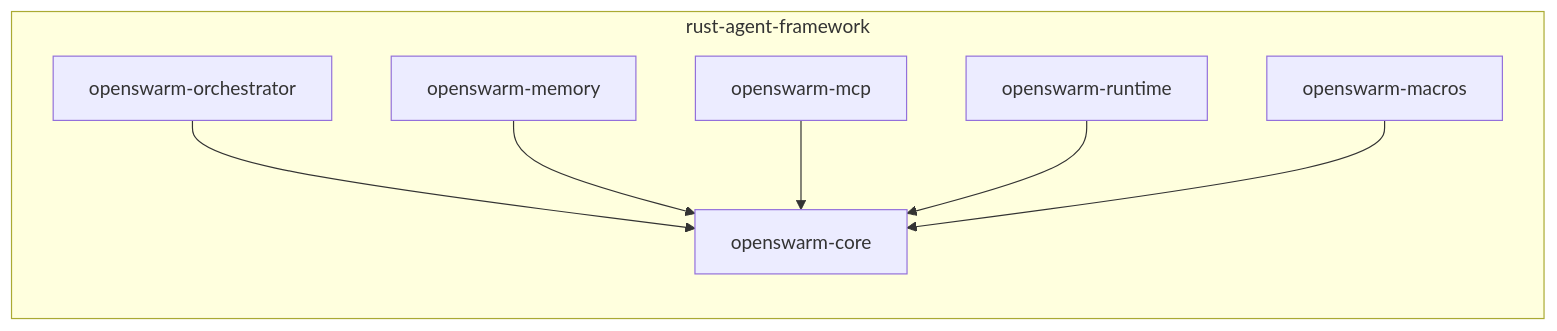
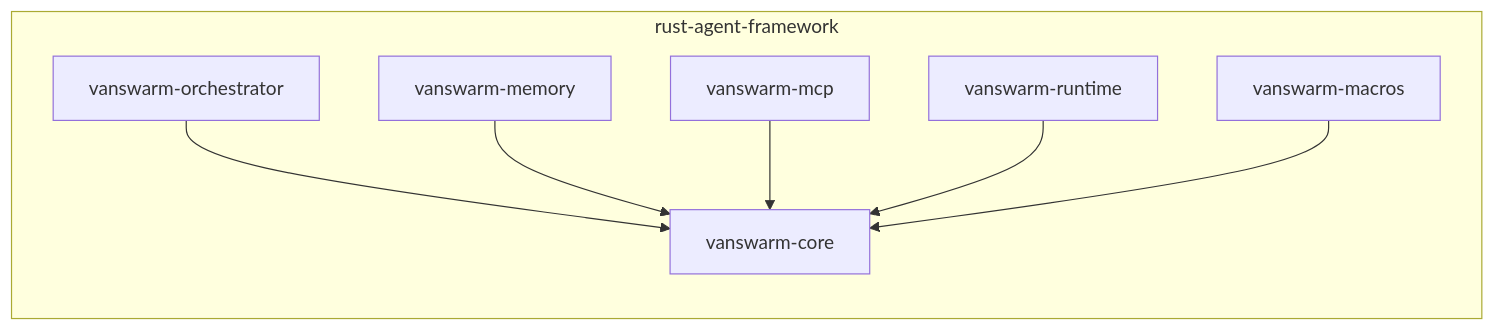
One commit to Van-Nice/van-swarm changed the first of 2 diagrams in documentation/architecture/00-overview.md. Above: the diagram before and after it, drawn with Mermaid. The commit also changed 80 other files, not shown here.

````diff
--- a/documentation/architecture/00-overview.md
+++ b/documentation/architecture/00-overview.md
@@ -9,17 +9,17 @@
 ```mermaid
 flowchart LR
     subgraph workspace["rust-agent-framework"]
-        core["openswarm-core"]
-        orchestrator["openswarm-orchestrator"]
-        memory["openswarm-memory"]
-        mcp["openswarm-mcp"]
-        runtime["openswarm-runtime"]
-        macros["openswarm-macros"]
+        core["vanswarm-core"]
+        orchestrator["vanswarm-orchestrator"]
+        memory["vanswarm-memory"]
+        mcp["vanswarm-mcp"]
+        runtime["vanswarm-runtime"]
+        macros["vanswarm-macros"]
     end
 
     orchestrator --> core
     memory --> core
     mcp --> core
     runtime --> core
     macros --> core
 ```
````
